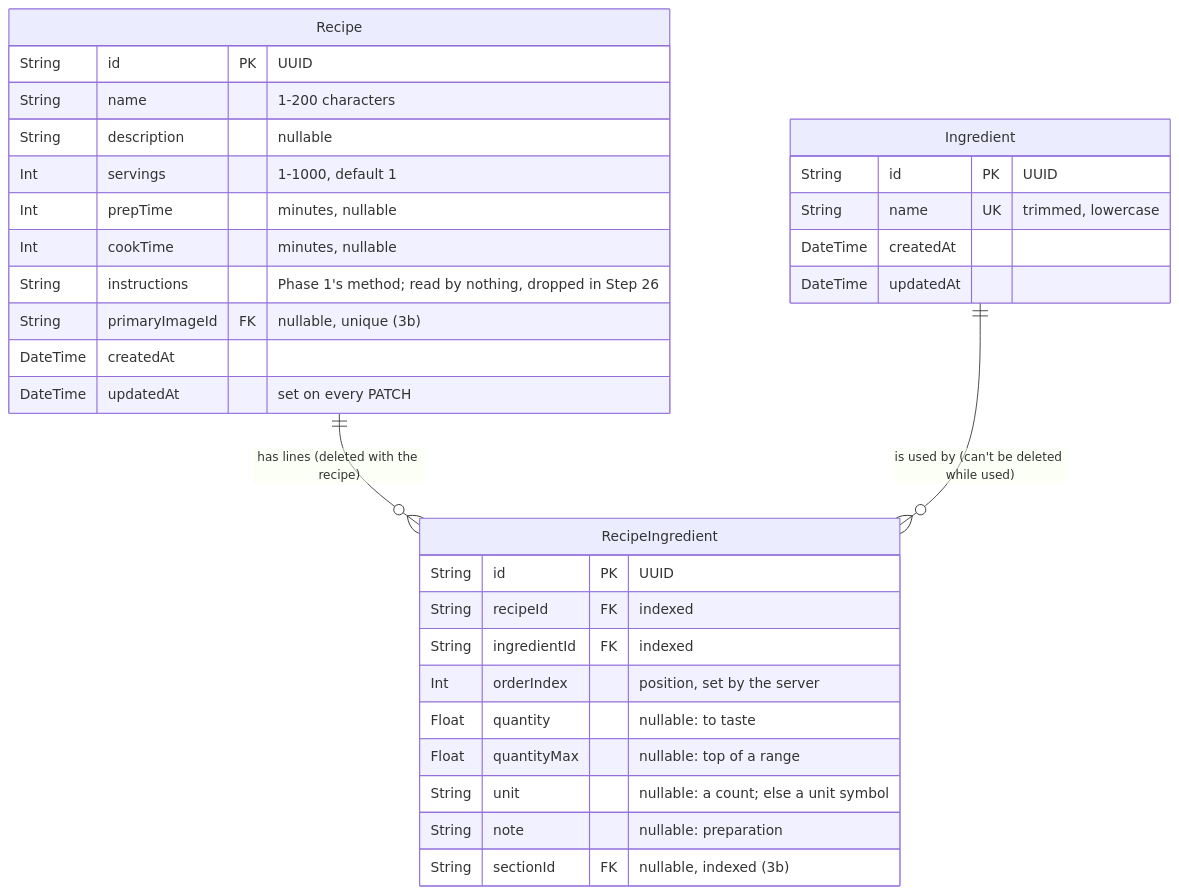
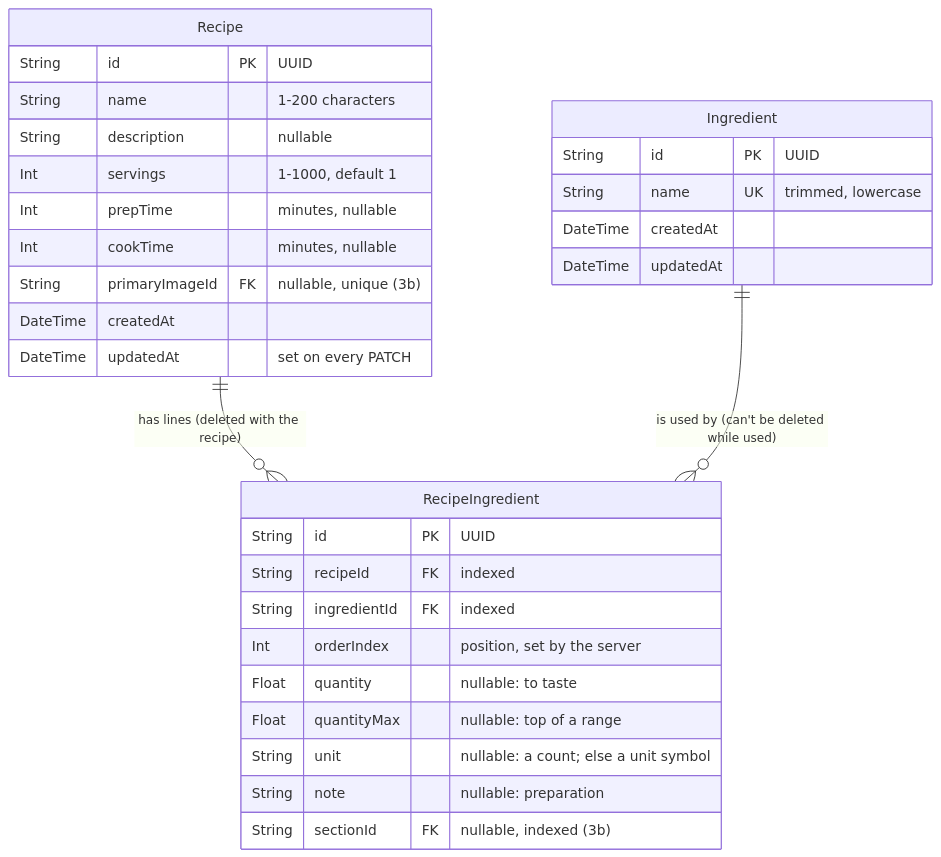
One commit to A-W-Coding/mise-en-place changed the first of 2 diagrams in docs/erd.md. Above: the diagram before and after it, drawn with Mermaid. The commit also changed other lines of this file and 5 other files, not shown here.

First line of the commit message:
Step 26: a migration drops Recipe.instructions (spec 7.2)

````diff
--- a/docs/erd.md
+++ b/docs/erd.md
@@ -7,37 +7,36 @@
 ```mermaid
 erDiagram
     Recipe ||--o{ RecipeIngredient : "has lines (deleted with the recipe)"
     Ingredient ||--o{ RecipeIngredient : "is used by (can't be deleted while used)"
 
     Recipe {
         String id PK "UUID"
         String name "1-200 characters"
         String description "nullable"
         Int servings "1-1000, default 1"
         Int prepTime "minutes, nullable"
         Int cookTime "minutes, nullable"
-        String instructions "Phase 1's method; read by nothing, dropped in Step 26"
         String primaryImageId FK "nullable, unique (3b)"
         DateTime createdAt
         DateTime updatedAt "set on every PATCH"
     }
 
     Ingredient {
         String id PK "UUID"
         String name UK "trimmed, lowercase"
         DateTime createdAt
         DateTime updatedAt
     }
 
     RecipeIngredient {
         String id PK "UUID"
         String recipeId FK "indexed"
         String ingredientId FK "indexed"
         Int orderIndex "position, set by the server"
         Float quantity "nullable: to taste"
         Float quantityMax "nullable: top of a range"
         String unit "nullable: a count; else a unit symbol"
         String note "nullable: preparation"
         String sectionId FK "nullable, indexed (3b)"
     }
 ```
````
